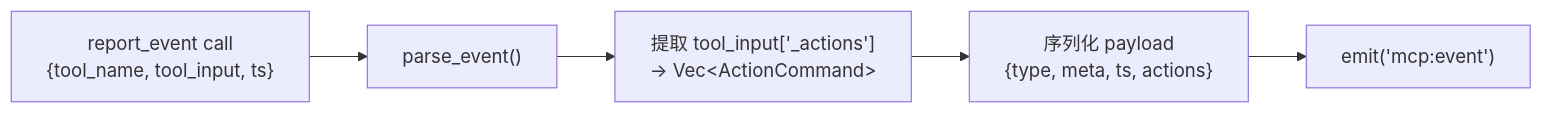
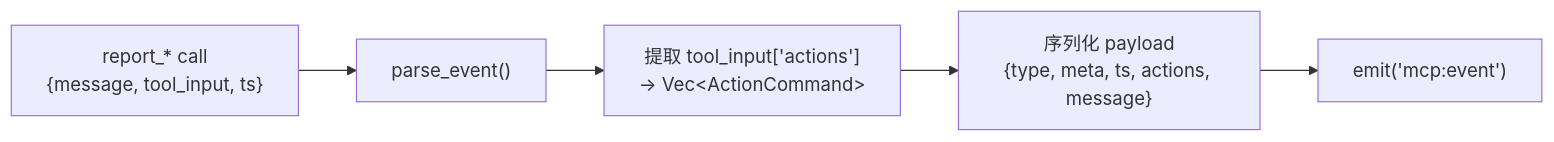
The second of 3 diagrams in docs/plan.md (beancookie/vibe-break), drawn with Mermaid before and after one commit. The commit also changed other lines of this file and 2 other files, not shown here.

````diff
--- a/docs/plan.md
+++ b/docs/plan.md
@@ -182,4 +224,4 @@
 ```mermaid
 flowchart LR
-  RE["report_event call<br/>{tool_name, tool_input, ts}"] --> PE["parse_event()"] --> AC["提取 tool_input['_actions']<br/>→ Vec&lt;ActionCommand&gt;"] --> PY["序列化 payload<br/>{type, meta, ts, actions}"] --> EM["emit('mcp:event')"]
+  RC["report_* call<br/>{message, tool_input, ts}"] --> PE["parse_event()"] --> AC["提取 tool_input['actions']<br/>→ Vec&lt;ActionCommand&gt;"] --> PY["序列化 payload<br/>{type, meta, ts, actions, message}"] --> EM["emit('mcp:event')"]
 ```
````
